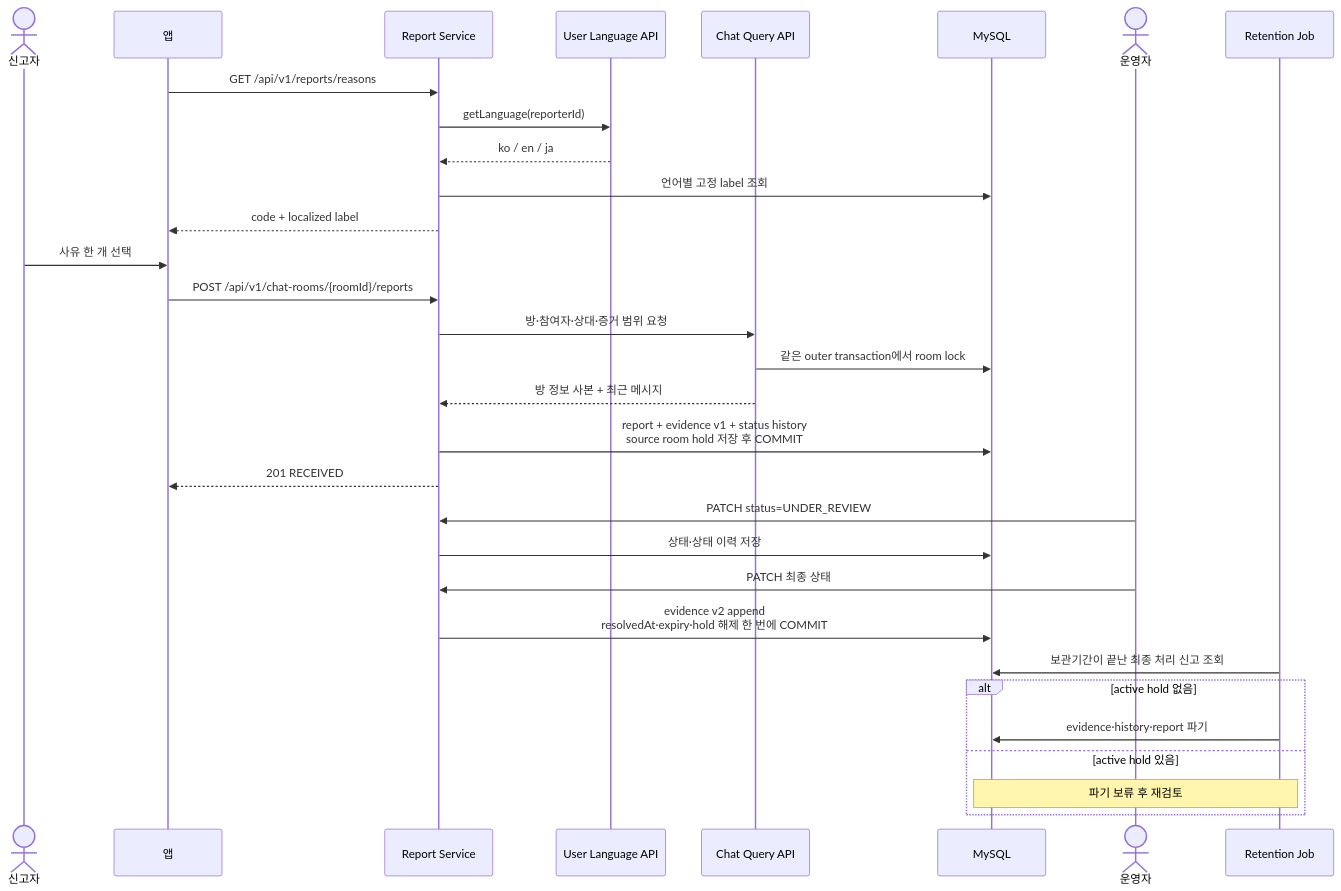
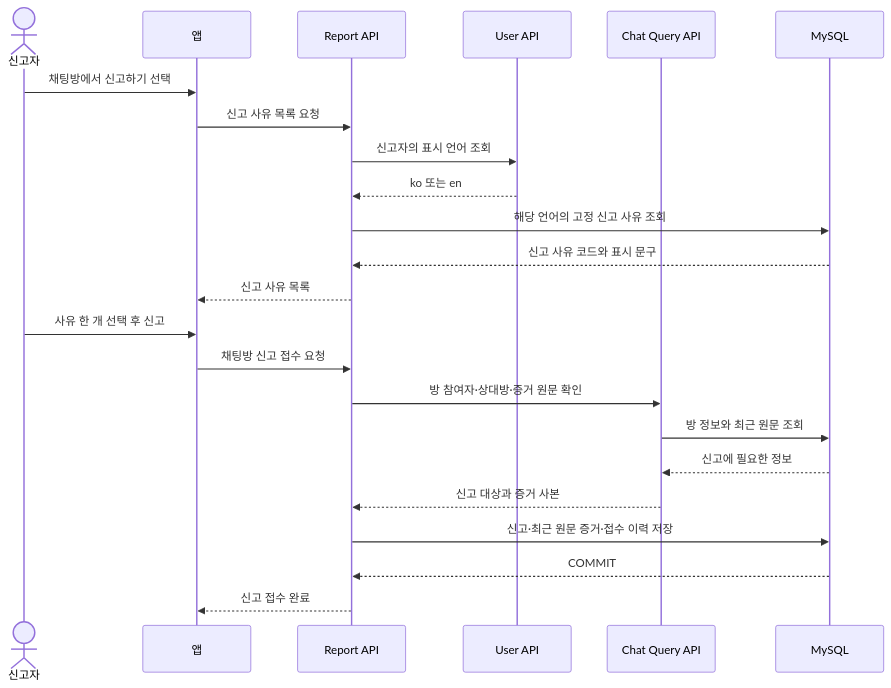
One commit to swyp-app-5th-team1/Kohere-backend changed diagram 19 of 21 in docs/architecture/chat/05-sequence-diagrams.md. Above: the diagram before and after it, drawn with Mermaid. The commit also changed other lines of this file and 4 other files, not shown here.

Commit message:
docs: split chat sequences by scenario

````diff
--- a/docs/architecture/chat/05-sequence-diagrams.md
+++ b/docs/architecture/chat/05-sequence-diagrams.md
@@ -208,37 +412,26 @@
 ```mermaid
 sequenceDiagram
     actor U as 신고자
     participant APP as 앱
-    participant REPORT as Report Service
-    participant USER as User Language API
+    participant REPORT as Report API
+    participant USER as User API
     participant CHAT as Chat Query API
     participant DB as MySQL
-    actor ADMIN as 운영자
-    participant JOB as Retention Job
 
-    APP->>REPORT: GET /api/v1/reports/reasons
-    REPORT->>USER: getLanguage(reporterId)
-    USER-->>REPORT: ko / en / ja
-    REPORT->>DB: 언어별 고정 label 조회
-    REPORT-->>APP: code + localized label
-
-    U->>APP: 사유 한 개 선택
-    APP->>REPORT: POST /api/v1/chat-rooms/{roomId}/reports
-    REPORT->>CHAT: 방·참여자·상대·증거 범위 요청
-    CHAT->>DB: 같은 outer transaction에서 room lock
-    CHAT-->>REPORT: 방 정보 사본 + 최근 메시지
-    REPORT->>DB: report + evidence v1 + status history<br/>source room hold 저장 후 COMMIT
-    REPORT-->>APP: 201 RECEIVED
-
-    ADMIN->>REPORT: PATCH status=UNDER_REVIEW
-    REPORT->>DB: 상태·상태 이력 저장
-    ADMIN->>REPORT: PATCH 최종 상태
-    REPORT->>DB: evidence v2 append<br/>resolvedAt·expiry·hold 해제 한 번에 COMMIT
-
-    JOB->>DB: 보관기간이 끝난 최종 처리 신고 조회
-    alt active hold 없음
-        JOB->>DB: evidence·history·report 파기
-    else active hold 있음
-        Note over JOB,DB: 파기 보류 후 재검토
-    end
+    U->>APP: 채팅방에서 신고하기 선택
+    APP->>REPORT: 신고 사유 목록 요청
+    REPORT->>USER: 신고자의 표시 언어 조회
+    USER-->>REPORT: ko 또는 en
+    REPORT->>DB: 해당 언어의 고정 신고 사유 조회
+    DB-->>REPORT: 신고 사유 코드와 표시 문구
+    REPORT-->>APP: 신고 사유 목록
+    U->>APP: 사유 한 개 선택 후 신고
+    APP->>REPORT: 채팅방 신고 접수 요청
+    REPORT->>CHAT: 방 참여자·상대방·증거 원문 확인
+    CHAT->>DB: 방 정보와 최근 원문 조회
+    DB-->>CHAT: 신고에 필요한 정보
+    CHAT-->>REPORT: 신고 대상과 증거 사본
+    REPORT->>DB: 신고·최근 원문 증거·접수 이력 저장
+    DB-->>REPORT: COMMIT
+    REPORT-->>APP: 신고 접수 완료
 ```
````
